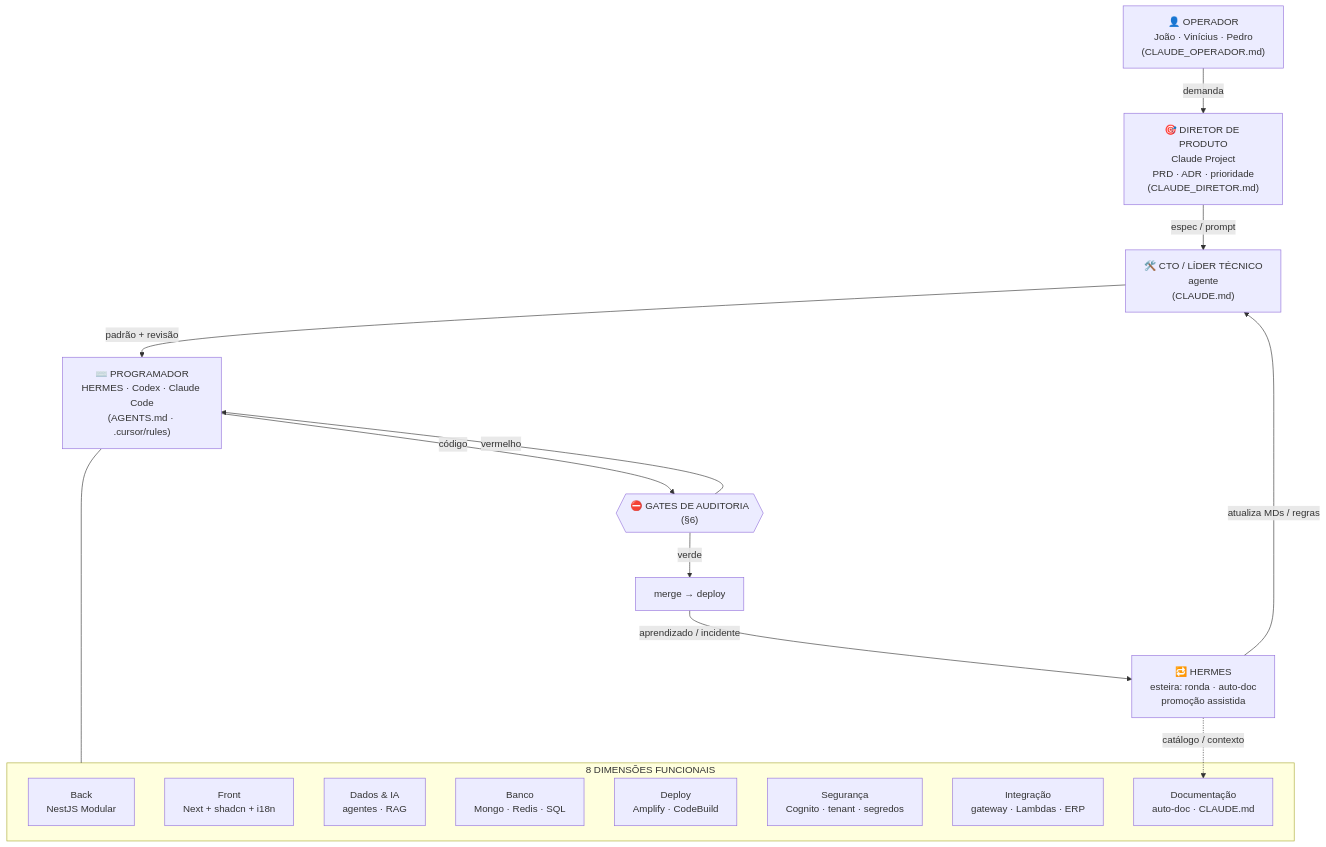
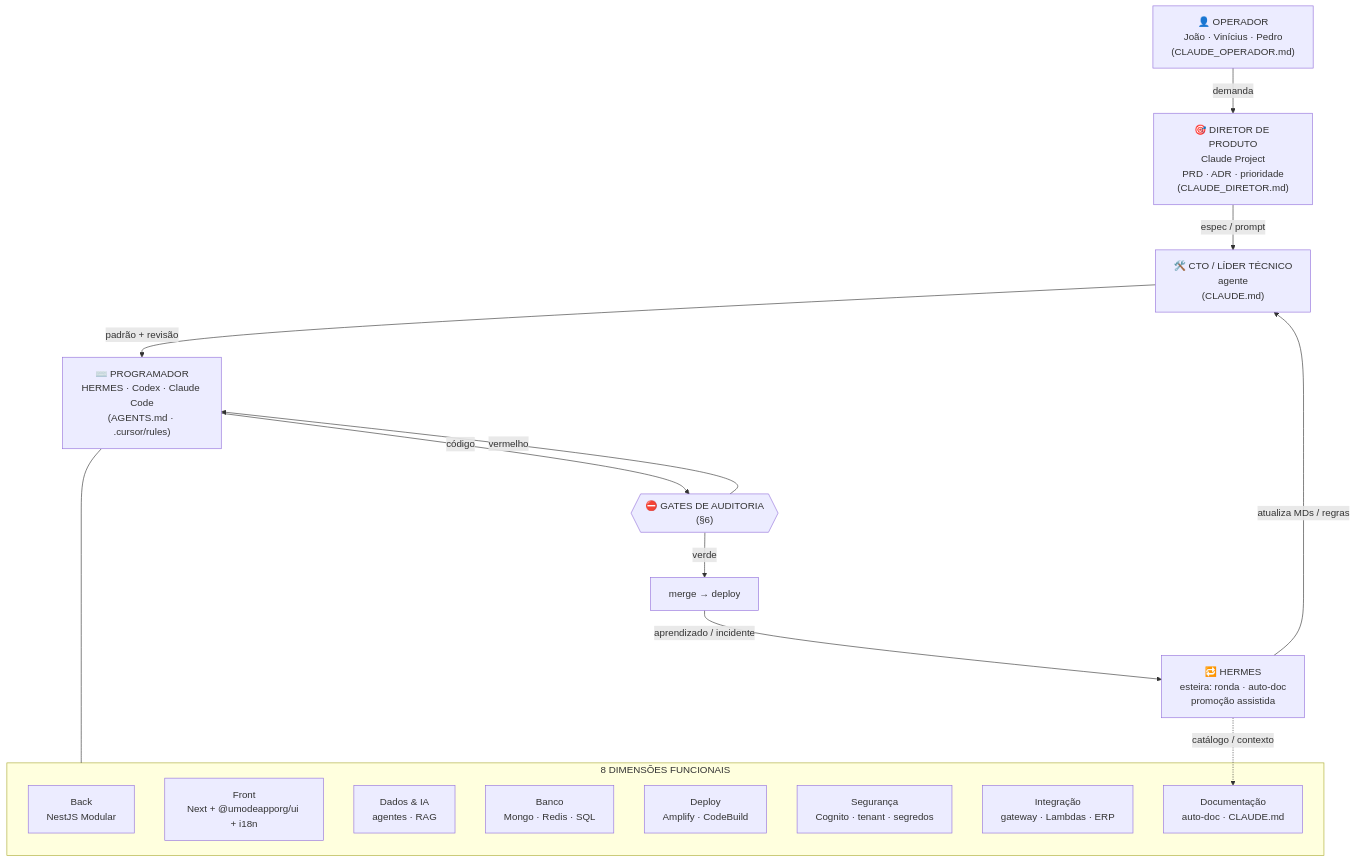
One commit to HyTrackWater/brainhub-umode changed the first of 3 diagrams in uMode/04_Dados-e-IA/_protocolos/governanca-squad-desenvolvimento.md. Above: the diagram before and after it, drawn with Mermaid. The commit also changed other lines of this file and 9 other files, not shown here.

````diff
--- a/uMode/04_Dados-e-IA/_protocolos/governanca-squad-desenvolvimento.md
+++ b/uMode/04_Dados-e-IA/_protocolos/governanca-squad-desenvolvimento.md
@@ -70,32 +70,32 @@
 ```mermaid
 flowchart TB
     OP["👤 OPERADOR<br/>João · Vinícius · Pedro<br/>(CLAUDE_OPERADOR.md)"]
     DIR["🎯 DIRETOR DE PRODUTO<br/>Claude Project<br/>PRD · ADR · prioridade<br/>(CLAUDE_DIRETOR.md)"]
     CTO["🛠️ CTO / LÍDER TÉCNICO<br/>agente<br/>(CLAUDE.md)"]
     PROG["⌨️ PROGRAMADOR<br/>HERMES · Codex · Claude Code<br/>(AGENTS.md · .cursor/rules)"]
     HERMES["🔁 HERMES<br/>esteira: ronda · auto-doc<br/>promoção assistida"]
 
     OP -->|demanda| DIR
     DIR -->|espec / prompt| CTO
     CTO -->|padrão + revisão| PROG
     PROG -->|código| GATES
 
     subgraph DIM["8 DIMENSÕES FUNCIONAIS"]
         BACK["Back<br/>NestJS Modular"]
-        FRONT["Front<br/>Next + shadcn + i18n"]
+        FRONT["Front<br/>Next + @umodeapporg/ui + i18n"]
         DADOS["Dados & IA<br/>agentes · RAG"]
         DB["Banco<br/>Mongo · Redis · SQL"]
         DEPLOY["Deploy<br/>Amplify · CodeBuild"]
         SEC["Segurança<br/>Cognito · tenant · segredos"]
         INT["Integração<br/>gateway · Lambdas · ERP"]
         DOC["Documentação<br/>auto-doc · CLAUDE.md"]
     end
 
     PROG --- DIM
     GATES{{"⛔ GATES DE AUDITORIA<br/>(§6)"}}
     GATES -->|verde| MERGE["merge → deploy"]
     GATES -->|vermelho| PROG
     MERGE -->|aprendizado / incidente| HERMES
     HERMES -->|atualiza MDs / regras| CTO
     HERMES -.->|catálogo / contexto| DOC
 ```
````
